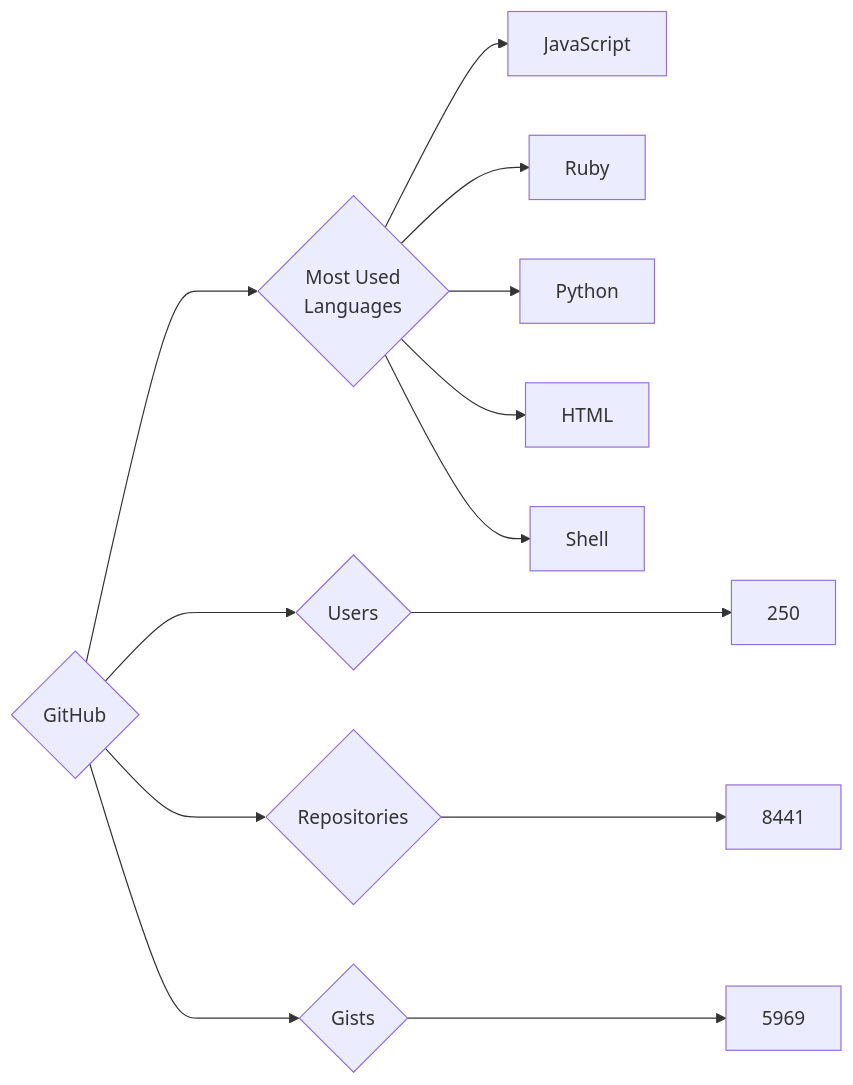
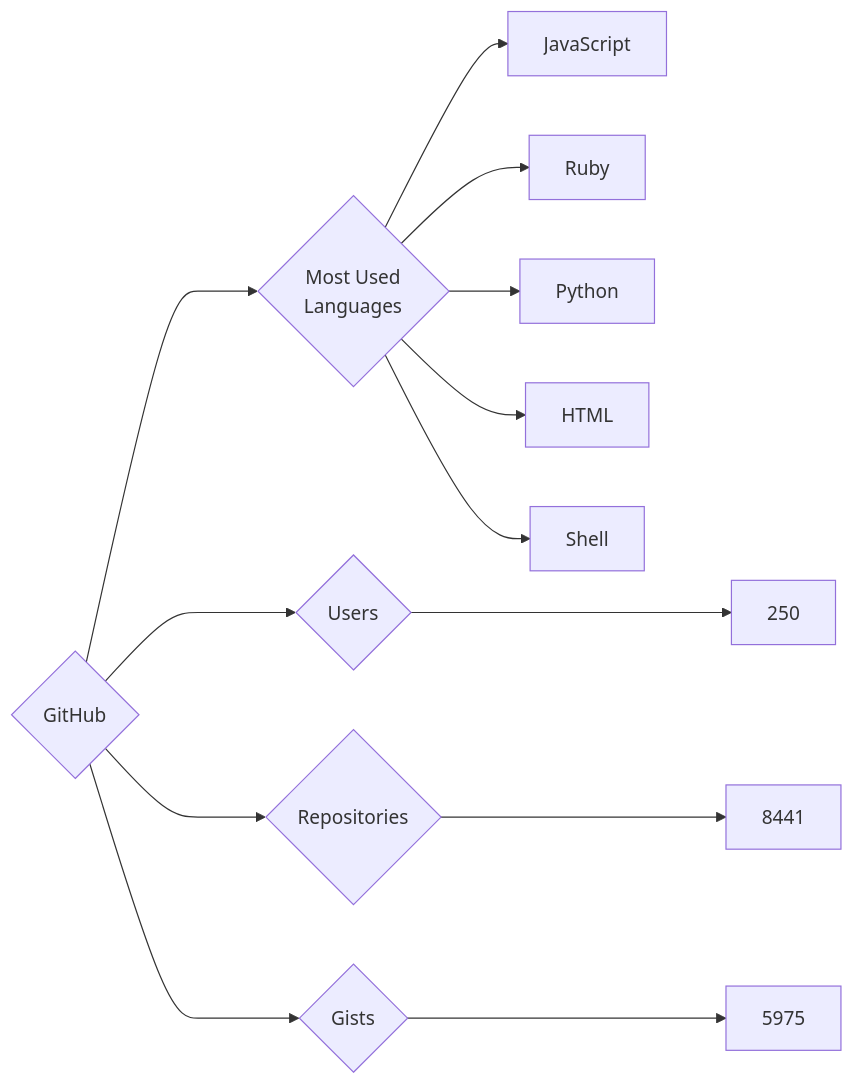
Before and after one commit to trickest/insiders: the diagram in targets/GitHub/README.md, drawn with Mermaid. The commit also changed 569 other files, not shown here.

````diff
--- a/targets/GitHub/README.md
+++ b/targets/GitHub/README.md
@@ -3,13 +3,13 @@
 ```mermaid
 graph LR
 COMPANY_NAME{GitHub}
 COMPANY_NAME ---> U{Users} ---> UN[250]
 COMPANY_NAME ---> R{Repositories} ---> RN[8441]
-COMPANY_NAME ---> G{Gists} ---> GN[5969]
+COMPANY_NAME ---> G{Gists} ---> GN[5975]
 COMPANY_NAME ---> ML{Most Used<br>Languages}
 ML --> JavaScript[JavaScript]
 ML --> Ruby[Ruby]
 ML --> Python[Python]
 ML --> HTML[HTML]
 ML --> Shell[Shell]
 ```
````
